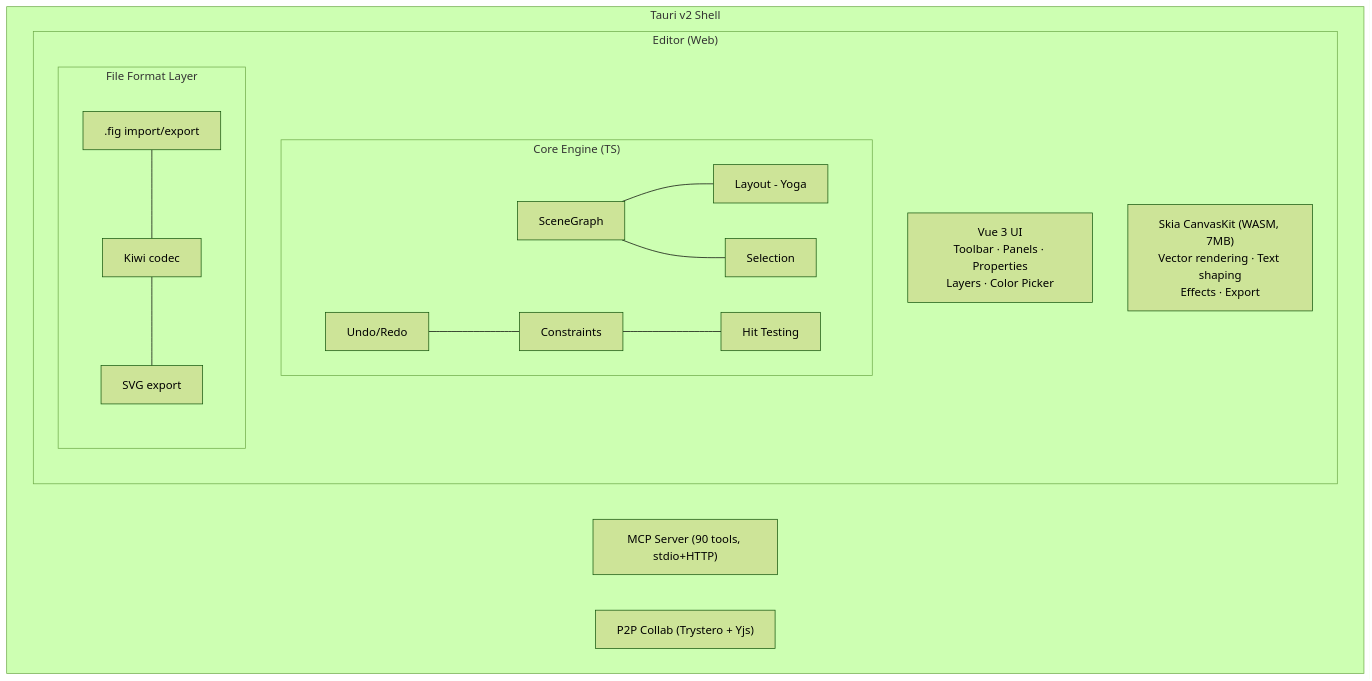
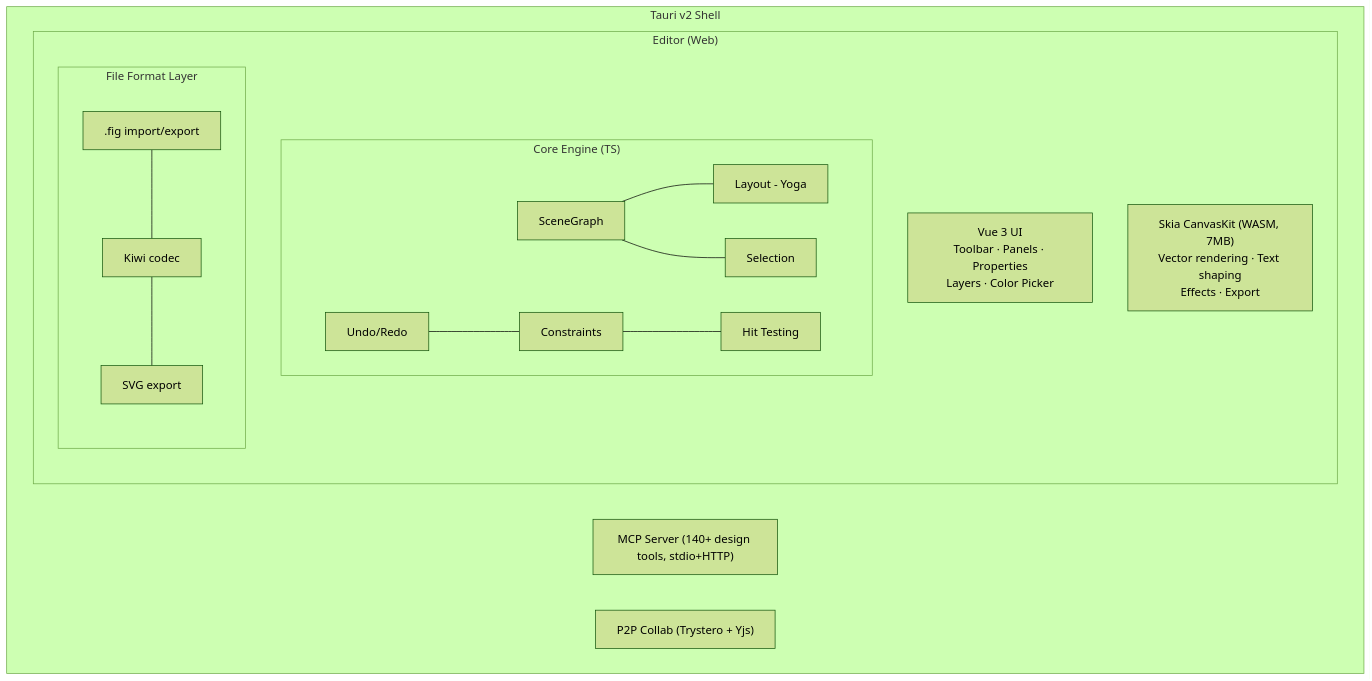
One commit to mo-17/open-pencil changed the diagram in packages/docs/guide/architecture.md. Above: the diagram before and after it, drawn with Mermaid (forest theme). The commit also changed other lines of this file and 79 other files, not shown here.

````diff
--- a/packages/docs/guide/architecture.md
+++ b/packages/docs/guide/architecture.md
@@ -5,21 +5,21 @@
 ```mermaid
 graph TB
     subgraph Tauri["Tauri v2 Shell"]
         subgraph Editor["Editor (Web)"]
             UI["Vue 3 UI<br/>Toolbar · Panels · Properties<br/>Layers · Color Picker"]
             Skia["Skia CanvasKit (WASM, 7MB)<br/>Vector rendering · Text shaping<br/>Effects · Export"]
             subgraph Core["Core Engine (TS)"]
                 SG[SceneGraph] --- Layout[Layout - Yoga]
                 SG --- Selection
                 Undo[Undo/Redo] --- Constraints
                 Constraints --- HitTest[Hit Testing]
             end
             subgraph FileFormat["File Format Layer"]
                 FigIO[".fig import/export"] --- Kiwi[Kiwi codec]
                 Kiwi --- SVG[SVG export]
             end
         end
-        MCP["MCP Server (90 tools, stdio+HTTP)"]
+        MCP["MCP Server (140+ design tools, stdio+HTTP)"]
         Collab["P2P Collab (Trystero + Yjs)"]
     end
 ```
````
